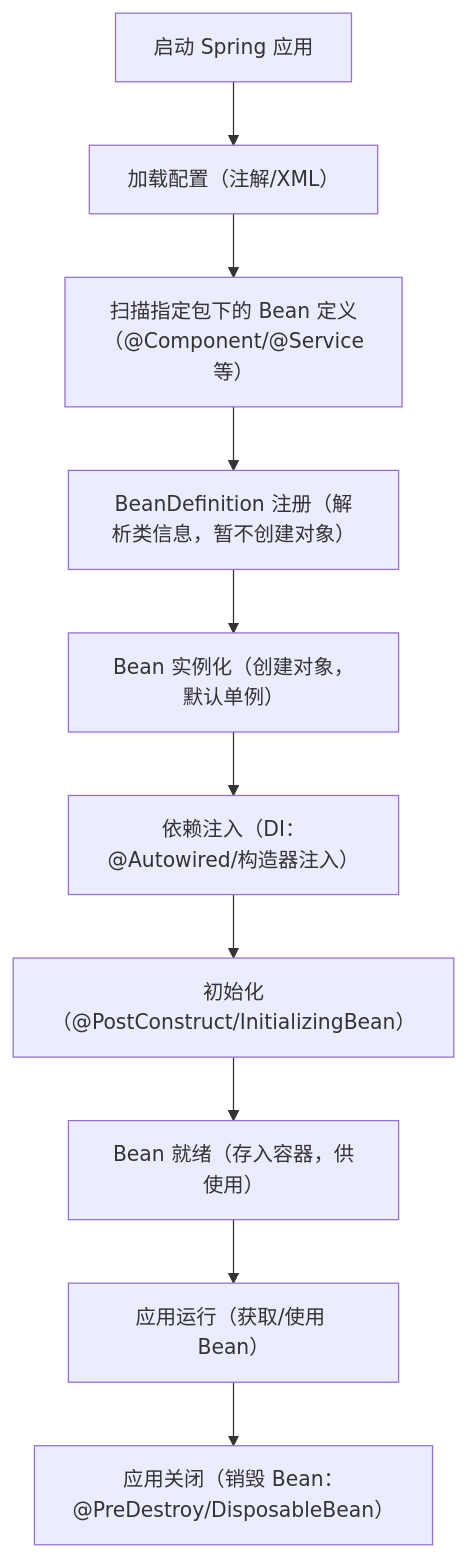
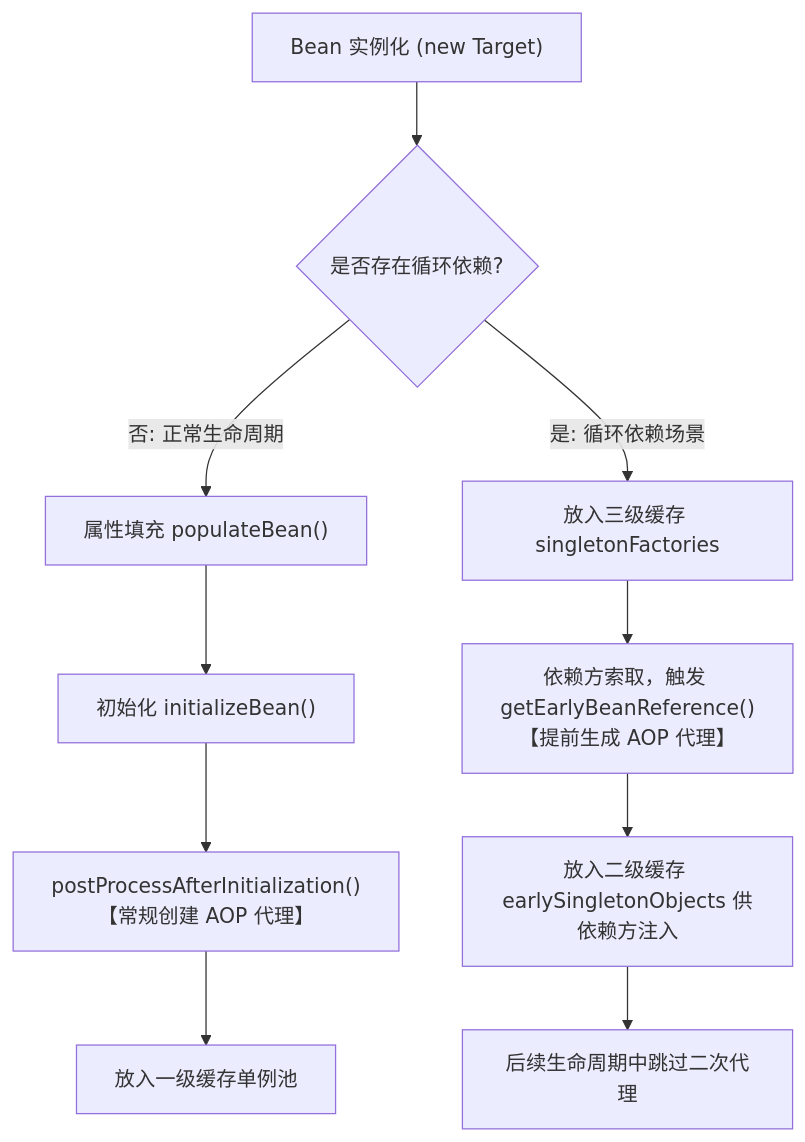
Before and after one commit to ldshuihen/Java-Interview-Notes: the fourth of 15 diagrams in 03-Spring/03-Spring.md, drawn with Mermaid. The commit also changed other lines of this file and 337 other files, not shown here.

````diff
--- a/03-Spring/03-Spring.md
+++ b/03-Spring/03-Spring.md
@@ -4223,12 +2231,13 @@
 ```mermaid
 flowchart TD
-    A[启动 Spring 应用] --> B["加载配置（注解/XML）"]
-    B --> C["扫描指定包下的 Bean 定义（@Component/@Service等）"]
-    C --> D["BeanDefinition 注册（解析类信息，暂不创建对象）"]
-    D --> E["Bean 实例化（创建对象，默认单例）"]
-    E --> F["依赖注入（DI：@Autowired/构造器注入）"]
-    F --> G["初始化（@PostConstruct/InitializingBean）"]
-    G --> H["Bean 就绪（存入容器，供使用）"]
-    H --> I["应用运行（获取/使用 Bean）"]
-    I --> J["应用关闭（销毁 Bean：@PreDestroy/DisposableBean）"]
+    A["Bean 实例化 (new Target)"] --> B{"是否存在循环依赖?"}
+    B -->|否: 正常生命周期| C["属性填充 populateBean()"]
+    C --> D["初始化 initializeBean()"]
+    D --> E["postProcessAfterInitialization()<br/>【常规创建 AOP 代理】"]
+    E --> F["放入一级缓存单例池"]
+    
+    B -->|是: 循环依赖场景| G["放入三级缓存 singletonFactories"]
+    G --> H["依赖方索取，触发 getEarlyBeanReference()<br/>【提前生成 AOP 代理】"]
+    H --> I["放入二级缓存 earlySingletonObjects 供依赖方注入"]
+    I --> J["后续生命周期中跳过二次代理"]
 ```
````
